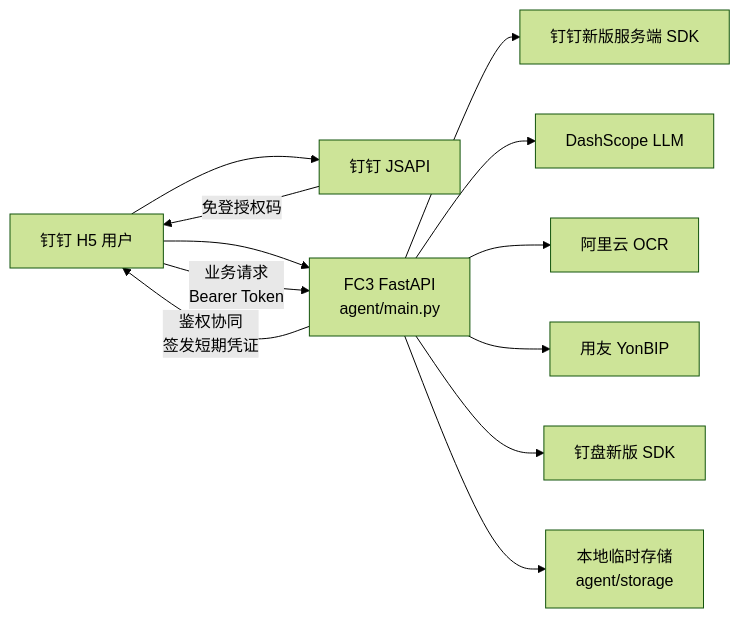
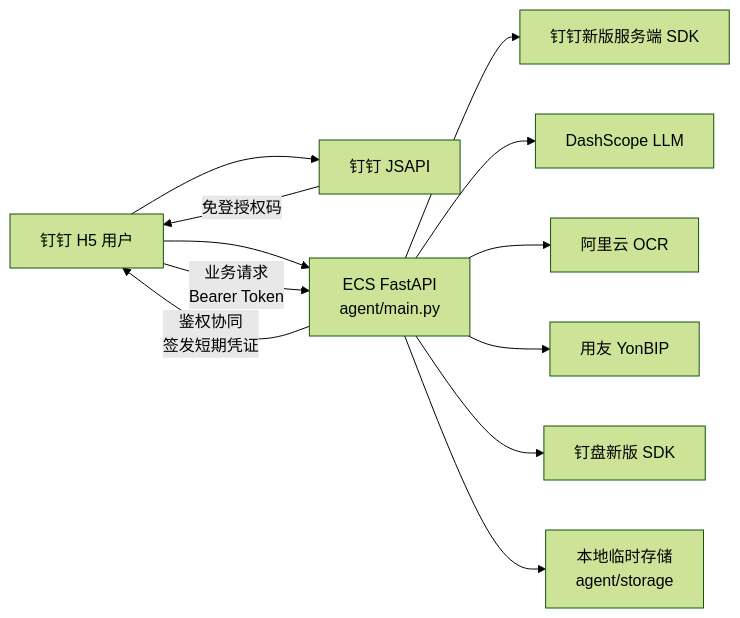
The first of 4 diagrams in SPEC/ARCHITECTURE.md (yuqingyang3019-cyber/hetong), drawn with Mermaid (forest theme) before and after one commit. The commit also changed other lines of this file and 11 other files, not shown here.

````diff
--- a/SPEC/ARCHITECTURE.md
+++ b/SPEC/ARCHITECTURE.md
@@ -35,14 +35,14 @@
 ```mermaid
 flowchart LR
   user["钉钉 H5 用户"] --> jsapi["钉钉 JSAPI"]
-  user --> app["FC3 FastAPI\nagent/main.py"]
+  user --> app["ECS FastAPI\nagent/main.py"]
   app -->|"鉴权协同\n签发短期凭证"| user
   app --> dingtalk["钉钉新版服务端 SDK"]
   user -->|"业务请求\nBearer Token"| app
   jsapi -->|"免登授权码"| user
   app --> dashscope["DashScope LLM"]
   app --> aliyunOcr["阿里云 OCR"]
   app --> yonbip["用友 YonBIP"]
   app --> dingdrive["钉盘新版 SDK"]
   app --> localStorage["本地临时存储\nagent/storage"]
 ```
````
